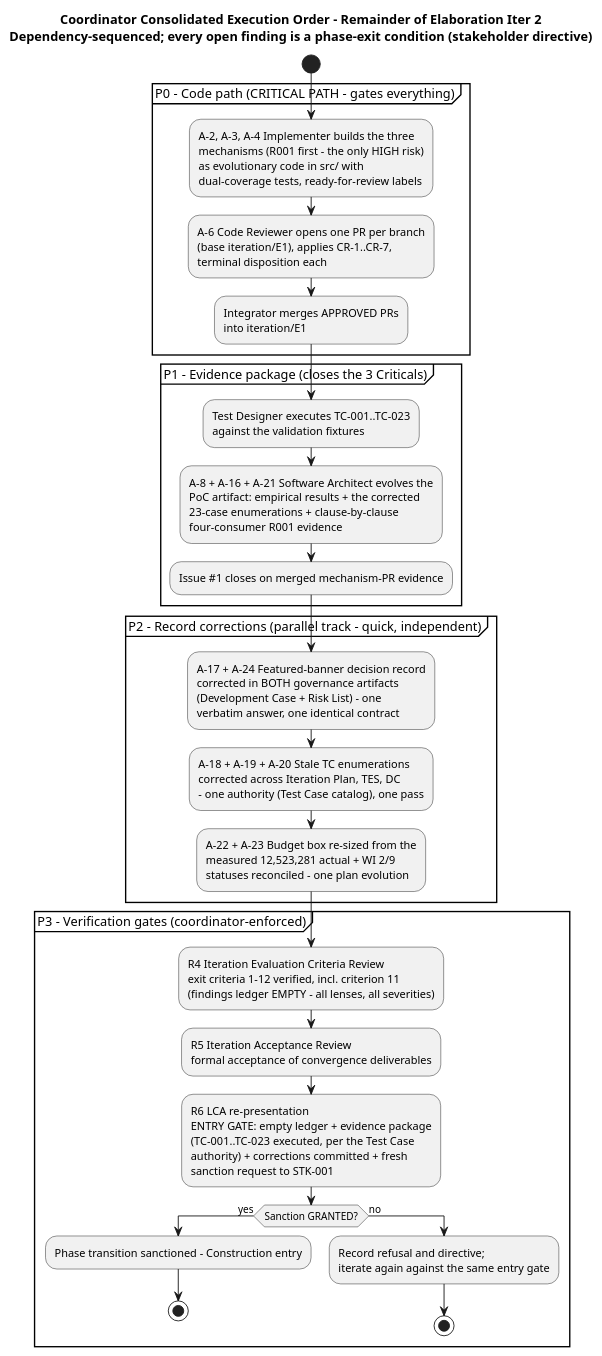
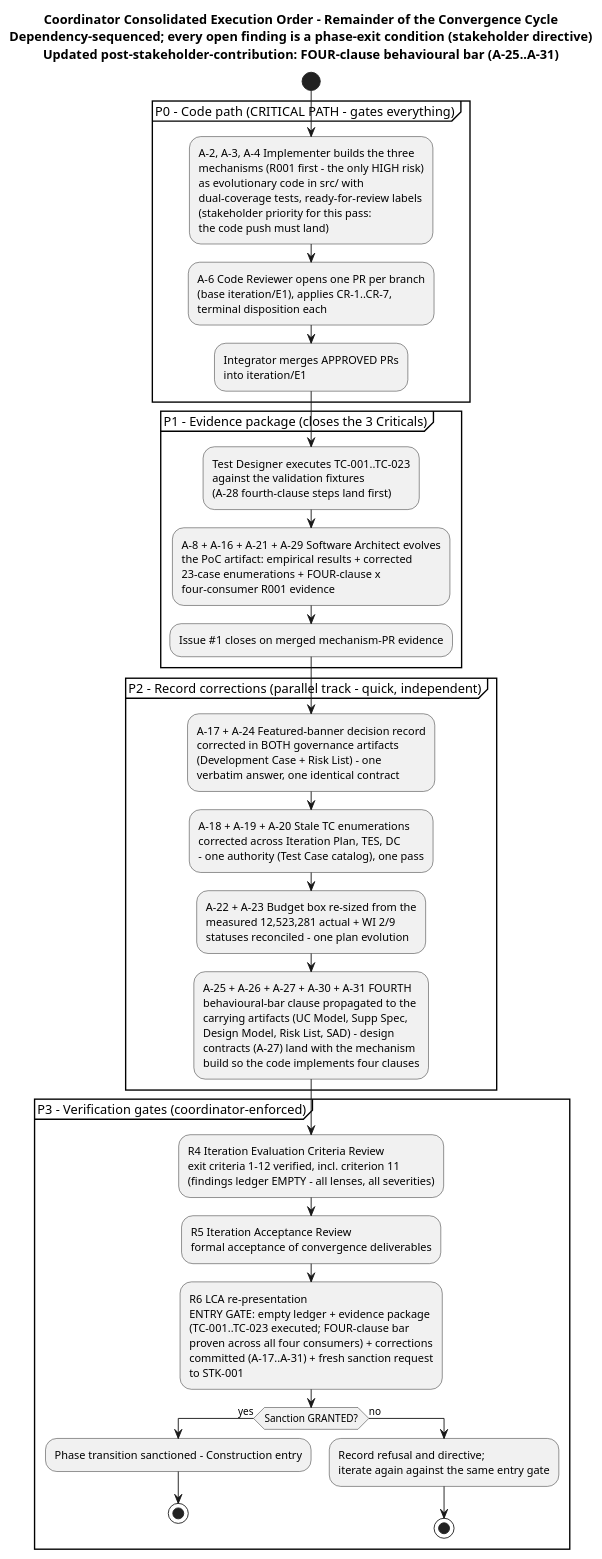
Diagram 27 of 29 in docs/artifacts/project-management/review-record.md (banense-test/employee-portal), drawn with PlantUML before and after one commit. The commit also changed other lines of this file, not shown here.

Commit message:
Review Coordinator [E2]: upsert Review Record
[skip ci]

````diff
--- a/docs/artifacts/project-management/review-record.md
+++ b/docs/artifacts/project-management/review-record.md
@@ -2015,34 +2015,35 @@
 ```plantuml
 @startuml
-title Coordinator Consolidated Execution Order - Remainder of Elaboration Iter 2\nDependency-sequenced; every open finding is a phase-exit condition (stakeholder directive)
+title Coordinator Consolidated Execution Order - Remainder of the Convergence Cycle\nDependency-sequenced; every open finding is a phase-exit condition (stakeholder directive)\nUpdated post-stakeholder-contribution: FOUR-clause behavioural bar (A-25..A-31)
 
 start
 partition "P0 - Code path (CRITICAL PATH - gates everything)" {
-  :A-2, A-3, A-4 Implementer builds the three\nmechanisms (R001 first - the only HIGH risk)\nas evolutionary code in src/ with\ndual-coverage tests, ready-for-review labels;
+  :A-2, A-3, A-4 Implementer builds the three\nmechanisms (R001 first - the only HIGH risk)\nas evolutionary code in src/ with\ndual-coverage tests, ready-for-review labels\n(stakeholder priority for this pass:\nthe code push must land);
   :A-6 Code Reviewer opens one PR per branch\n(base iteration/E1), applies CR-1..CR-7,\nterminal disposition each;
   :Integrator merges APPROVED PRs\ninto iteration/E1;
 }
 partition "P1 - Evidence package (closes the 3 Criticals)" {
-  :Test Designer executes TC-001..TC-023\nagainst the validation fixtures;
-  :A-8 + A-16 + A-21 Software Architect evolves the\nPoC artifact: empirical results + the corrected\n23-case enumerations + clause-by-clause\nfour-consumer R001 evidence;
+  :Test Designer executes TC-001..TC-023\nagainst the validation fixtures\n(A-28 fourth-clause steps land first);
+  :A-8 + A-16 + A-21 + A-29 Software Architect evolves\nthe PoC artifact: empirical results + corrected\n23-case enumerations + FOUR-clause x\nfour-consumer R001 evidence;
   :Issue #1 closes on merged mechanism-PR evidence;
 }
 partition "P2 - Record corrections (parallel track - quick, independent)" {
   :A-17 + A-24 Featured-banner decision record\ncorrected in BOTH governance artifacts\n(Development Case + Risk List) - one\nverbatim answer, one identical contract;
   :A-18 + A-19 + A-20 Stale TC enumerations\ncorrected across Iteration Plan, TES, DC\n- one authority (Test Case catalog), one pass;
   :A-22 + A-23 Budget box re-sized from the\nmeasured 12,523,281 actual + WI 2/9\nstatuses reconciled - one plan evolution;
+  :A-25 + A-26 + A-27 + A-30 + A-31 FOURTH\nbehavioural-bar clause propagated to the\ncarrying artifacts (UC Model, Supp Spec,\nDesign Model, Risk List, SAD) - design\ncontracts (A-27) land with the mechanism\nbuild so the code implements four clauses;
 }
 partition "P3 - Verification gates (coordinator-enforced)" {
   :R4 Iteration Evaluation Criteria Review\nexit criteria 1-12 verified, incl. criterion 11\n(findings ledger EMPTY - all lenses, all severities);
   :R5 Iteration Acceptance Review\nformal acceptance of convergence deliverables;
-  :R6 LCA re-presentation\nENTRY GATE: empty ledger + evidence package\n(TC-001..TC-023 executed, per the Test Case\nauthority) + corrections committed + fresh\nsanction request to STK-001;
+  :R6 LCA re-presentation\nENTRY GATE: empty ledger + evidence package\n(TC-001..TC-023 executed; FOUR-clause bar\nproven across all four consumers) + corrections\ncommitted (A-17..A-31) + fresh sanction request\nto STK-001;
   if (Sanction GRANTED?) then (yes)
     :Phase transition sanctioned - Construction entry;
     stop
   else (no)
     :Record refusal and directive;\niterate again against the same entry gate;
     stop
   endif
 }
 @enduml
 ```
````
